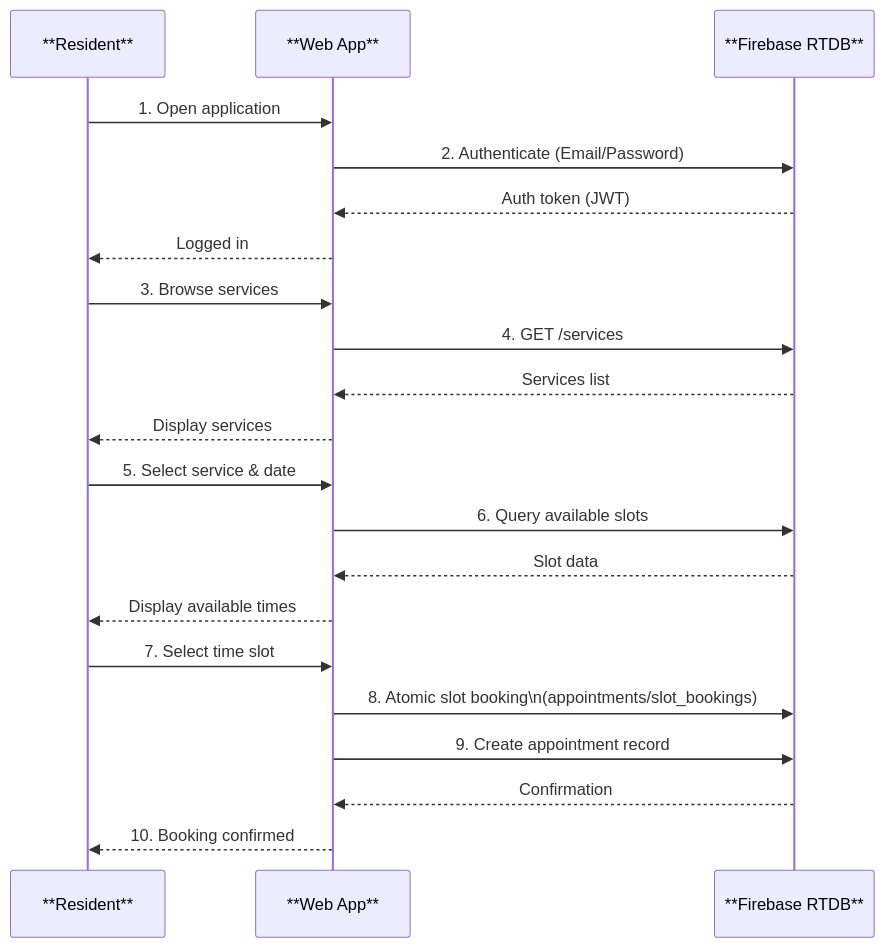
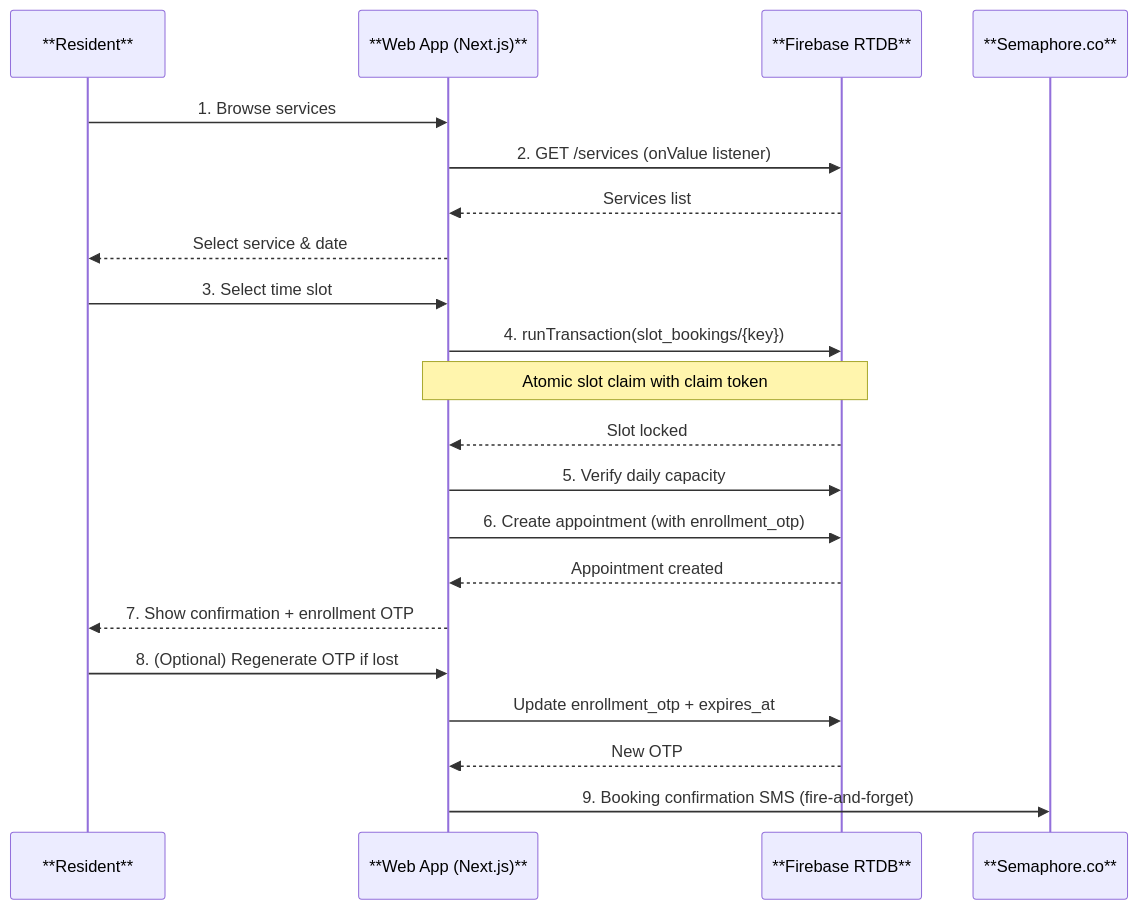
Before and after one commit to qppd/smart-appointment-scheduling-kiosk: the second of 12 diagrams in docs/flow-diagrams.md, drawn with Mermaid. The commit also changed other lines of this file and 62 other files, not shown here.

````diff
--- a/docs/flow-diagrams.md
+++ b/docs/flow-diagrams.md
@@ -56,24 +46,28 @@
 ```mermaid
 sequenceDiagram
     participant RES as **Resident**
-    participant WA as **Web App**
+    participant WA as **Web App (Next.js)**
     participant FB as **Firebase RTDB**
+    participant SEM as **Semaphore.co**
 
-    RES ->> WA: 1. Open application
-    WA ->> FB: 2. Authenticate (Email/Password)
-    FB -->> WA: Auth token (JWT)
-    WA -->> RES: Logged in
-    RES ->> WA: 3. Browse services
-    WA ->> FB: 4. GET /services
+    RES ->> WA: 1. Browse services
+    WA ->> FB: 2. GET /services (onValue listener)
     FB -->> WA: Services list
-    WA -->> RES: Display services
-    RES ->> WA: 5. Select service & date
-    WA ->> FB: 6. Query available slots
-    FB -->> WA: Slot data
-    WA -->> RES: Display available times
-    RES ->> WA: 7. Select time slot
-    WA ->> FB: 8. Atomic slot booking\n(appointments/slot_bookings)
-    WA ->> FB: 9. Create appointment record
-    FB -->> WA: Confirmation
-    WA -->> RES: 10. Booking confirmed
+    WA -->> RES: Select service & date
+
+    RES ->> WA: 3. Select time slot
+    WA ->> FB: 4. runTransaction(slot_bookings/{key})
+    Note over WA,FB: Atomic slot claim with claim token
+    FB -->> WA: Slot locked
+
+    WA ->> FB: 5. Verify daily capacity
+    WA ->> FB: 6. Create appointment (with enrollment_otp)
+    FB -->> WA: Appointment created
+    WA -->> RES: 7. Show confirmation + enrollment OTP
+
+    RES ->> WA: 8. (Optional) Regenerate OTP if lost
+    WA ->> FB: Update enrollment_otp + expires_at
+    FB -->> WA: New OTP
+
+    WA ->> SEM: 9. Booking confirmation SMS (fire-and-forget)
 ```
````
